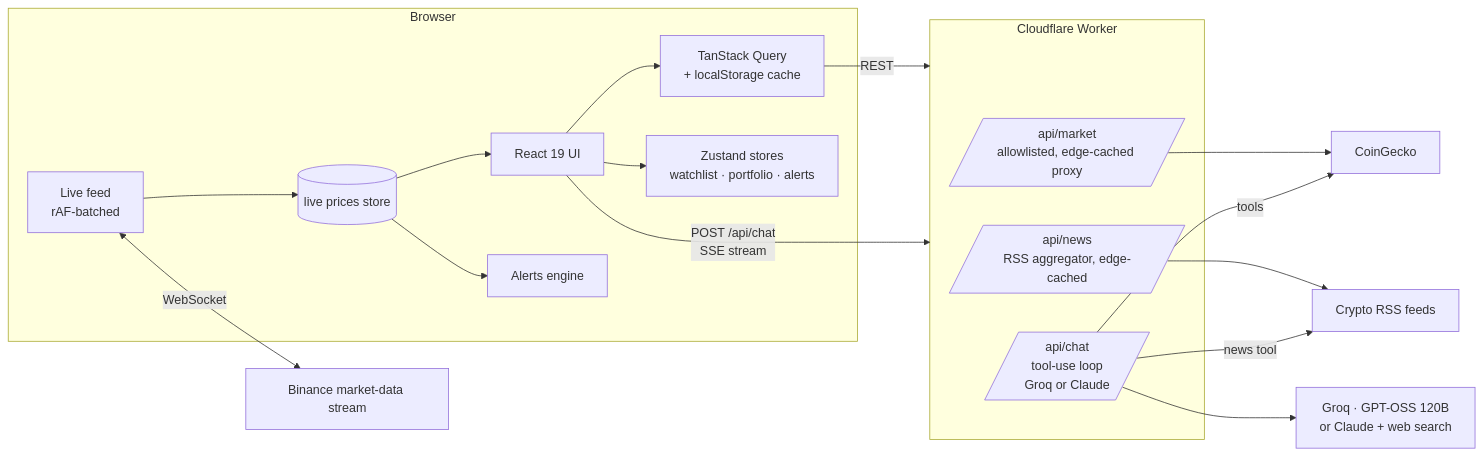
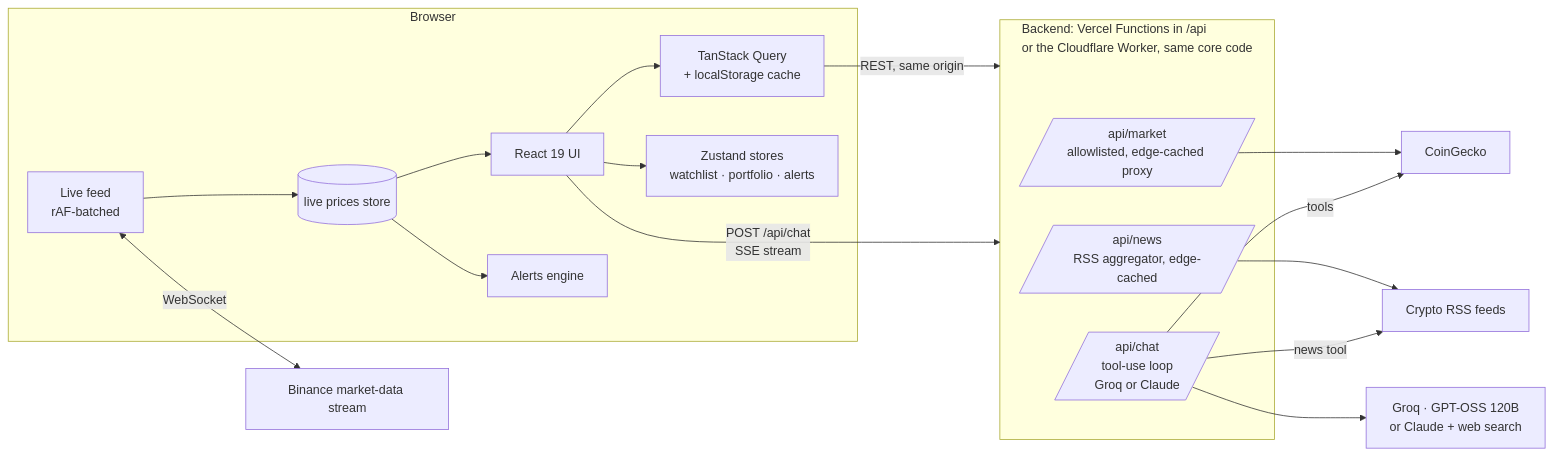
One commit to kaustavsarkar14/crypto-hunter changed the diagram in README.md. Above: the diagram before and after it, drawn with Mermaid. The commit also changed other lines of this file and 25 other files, not shown here.

````diff
--- a/README.md
+++ b/README.md
@@ -83,23 +83,23 @@
 ```mermaid
 flowchart LR
   subgraph Browser
     UI[React 19 UI] --> RQ[TanStack Query<br/>+ localStorage cache]
     UI --> Z[Zustand stores<br/>watchlist · portfolio · alerts]
     WS[Live feed<br/>rAF-batched] --> L[(live prices store)]
     L --> UI
     L --> AE[Alerts engine]
   end
   WS <-- WebSocket --> B[Binance market-data stream]
-  RQ -- REST --> W
+  RQ -- REST, same origin --> W
   UI -- POST /api/chat<br/>SSE stream --> W
-  subgraph W[Cloudflare Worker]
+  subgraph W[Backend: Vercel Functions in /api<br/>or the Cloudflare Worker, same core code]
     P[/api/market<br/>allowlisted, edge-cached proxy/]
     NW[/api/news<br/>RSS aggregator, edge-cached/]
     A[/api/chat<br/>tool-use loop<br/>Groq or Claude/]
   end
   P --> CG[CoinGecko]
   NW --> N[Crypto RSS feeds]
   A --> C[Groq · GPT-OSS 120B<br/>or Claude + web search]
   A -- tools --> CG
   A -- news tool --> N
 ```
````
